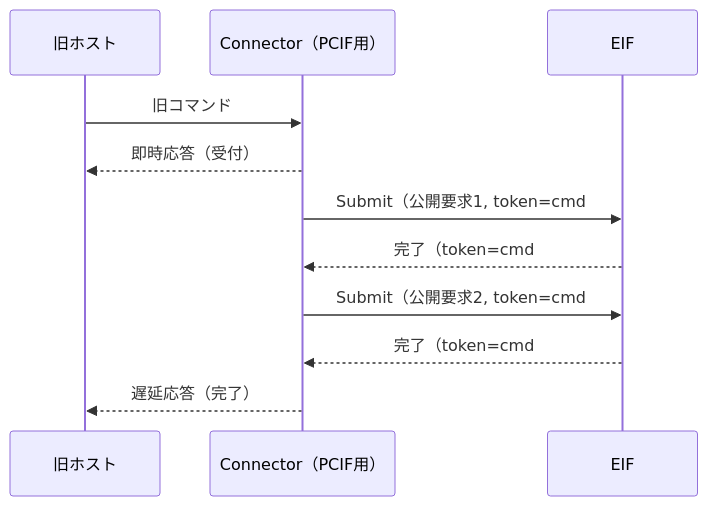
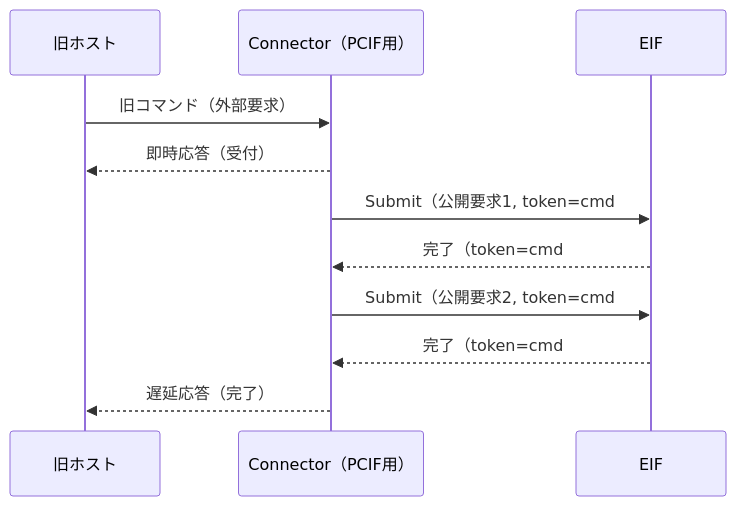
Before and after one commit to ceedling-vxworks-test-generator/EIF-design: the fifth of 8 diagrams in 03.EIF設計/設計/仕様設計書.md, drawn with Mermaid. The commit also changed other lines of this file and 14 other files, not shown here.

First line of the commit message:
仕様設計DRの指摘を反映（仕様設計書・詳細設計書 0.02）、詳細構成図を追加

````diff
--- a/03.EIF設計/設計/仕様設計書.md
+++ b/03.EIF設計/設計/仕様設計書.md
@@ -1022,13 +1049,13 @@
 ```mermaid
 sequenceDiagram
     participant H as 旧ホスト
     participant CN as Connector（PCIF用）
     participant EIF as EIF
-    H->>CN: 旧コマンド
+    H->>CN: 旧コマンド（外部要求）
     CN-->>H: 即時応答（受付）
     CN->>EIF: Submit（公開要求1, token=cmd#1）
     EIF-->>CN: 完了（token=cmd#1）
     CN->>EIF: Submit（公開要求2, token=cmd#1）
     EIF-->>CN: 完了（token=cmd#1）
     CN-->>H: 遅延応答（完了）
 ```
````
